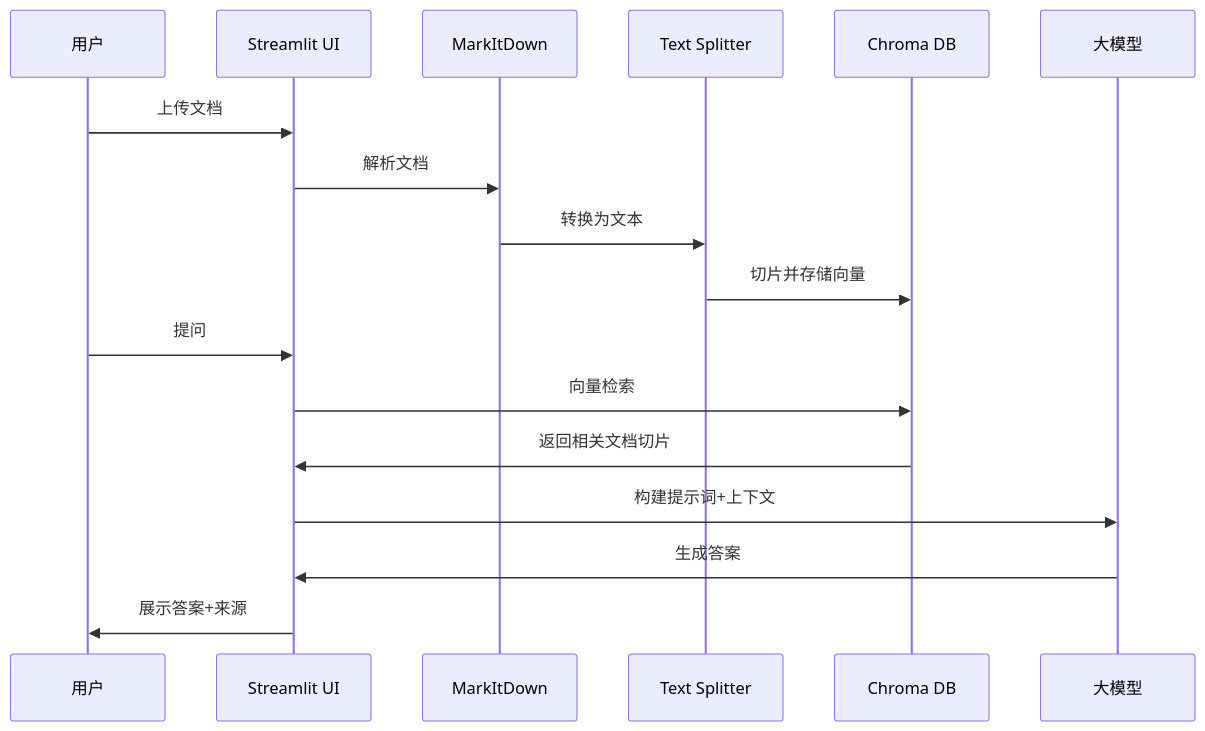
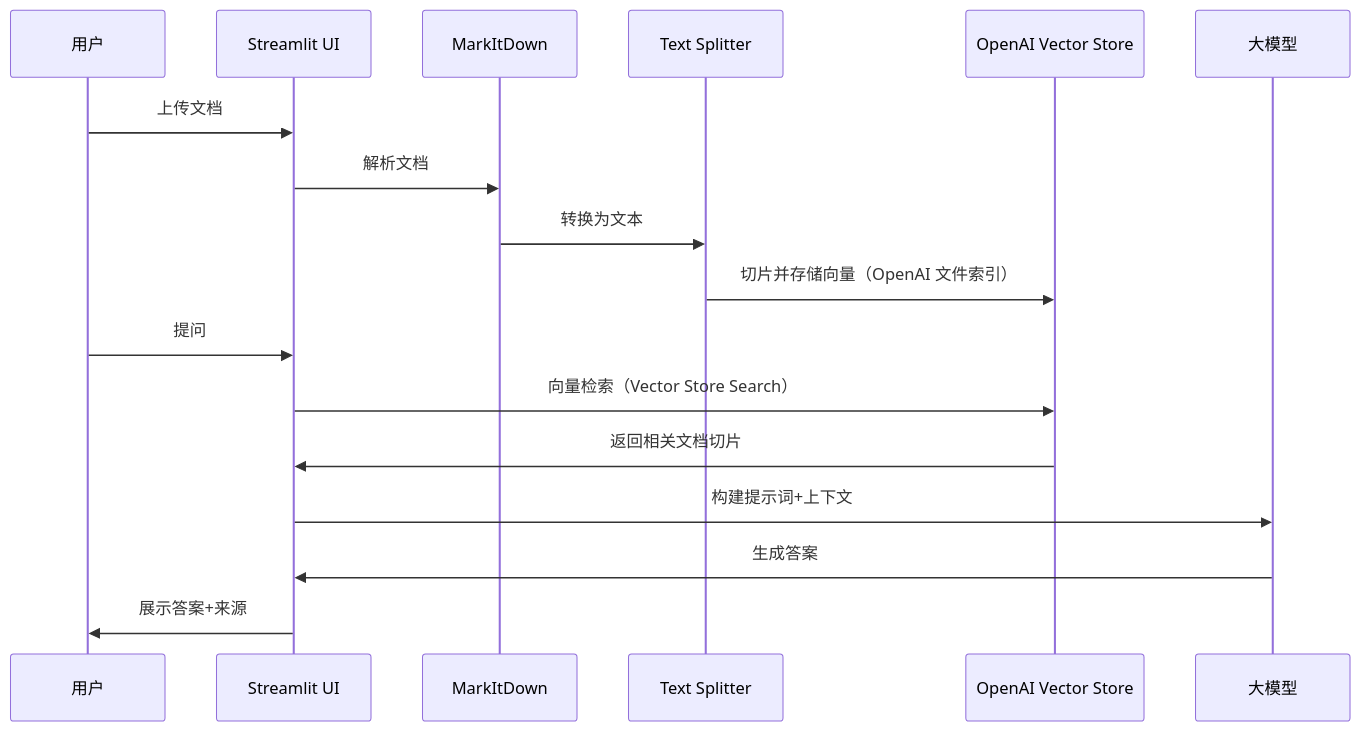
Before and after one commit to onewesong/rag-demo: the diagram in README.md, drawn with Mermaid. The commit also changed other lines of this file and 1 other file, not shown here.

First line of the commit message:
feat(vector-store): 替换 Chroma 向量库为 OpenAI Vector Store

````diff
--- a/README.md
+++ b/README.md
@@ -16,21 +16,21 @@
 ```mermaid
 sequenceDiagram
     participant User as 用户
     participant UI as Streamlit UI
     participant Parser as MarkItDown
     participant Splitter as Text Splitter
-    participant Vector as Chroma DB
+    participant Vector as OpenAI Vector Store
     participant LLM as 大模型
 
     User->>UI: 上传文档
     UI->>Parser: 解析文档
     Parser->>Splitter: 转换为文本
-    Splitter->>Vector: 切片并存储向量
+    Splitter->>Vector: 切片并存储向量（OpenAI 文件索引）
     
     User->>UI: 提问
-    UI->>Vector: 向量检索
+    UI->>Vector: 向量检索（Vector Store Search）
     Vector->>UI: 返回相关文档切片
     UI->>LLM: 构建提示词+上下文
     LLM->>UI: 生成答案
     UI->>User: 展示答案+来源
 ```
````
